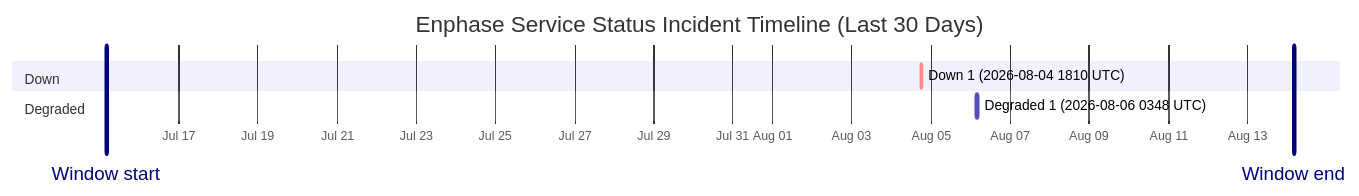
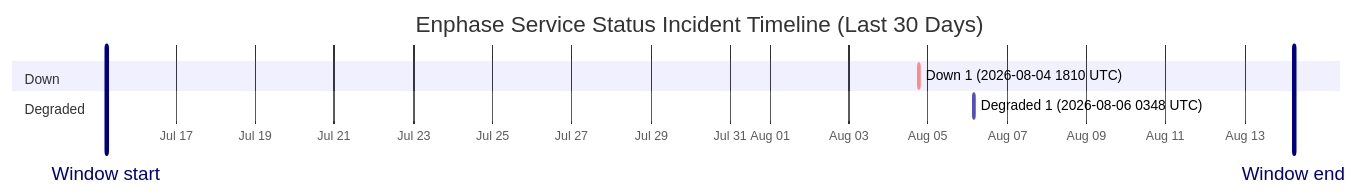
One commit to barneyonline/ha-enphase-energy changed the diagram in wiki/Service-Status-History.md. Above: the diagram before and after it, drawn with Mermaid. The commit also changed other lines of this file and 3 other files, not shown here.

````diff
--- a/wiki/Service-Status-History.md
+++ b/wiki/Service-Status-History.md
@@ -14,12 +14,12 @@
 ```mermaid
 gantt
     title Enphase Service Status Incident Timeline (Last 30 Days)
     dateFormat  YYYY-MM-DDTHH:mm:ss
     axisFormat  %b %d
-    Window start :vert, window-start, 2026-07-15T04:06:57, 0ms
-    Window end :vert, window-end, 2026-08-14T04:06:57, 0ms
+    Window start :vert, window-start, 2026-07-15T05:54:40, 0ms
+    Window end :vert, window-end, 2026-08-14T05:54:40, 0ms
     section Down
     Down 1 (2026-08-04 1810 UTC) :crit, down-1, 2026-08-04T18:10:46, 60m
     section Degraded
     Degraded 1 (2026-08-06 0348 UTC) :active, degraded-1, 2026-08-06T03:48:14, 60m
 ```
````
